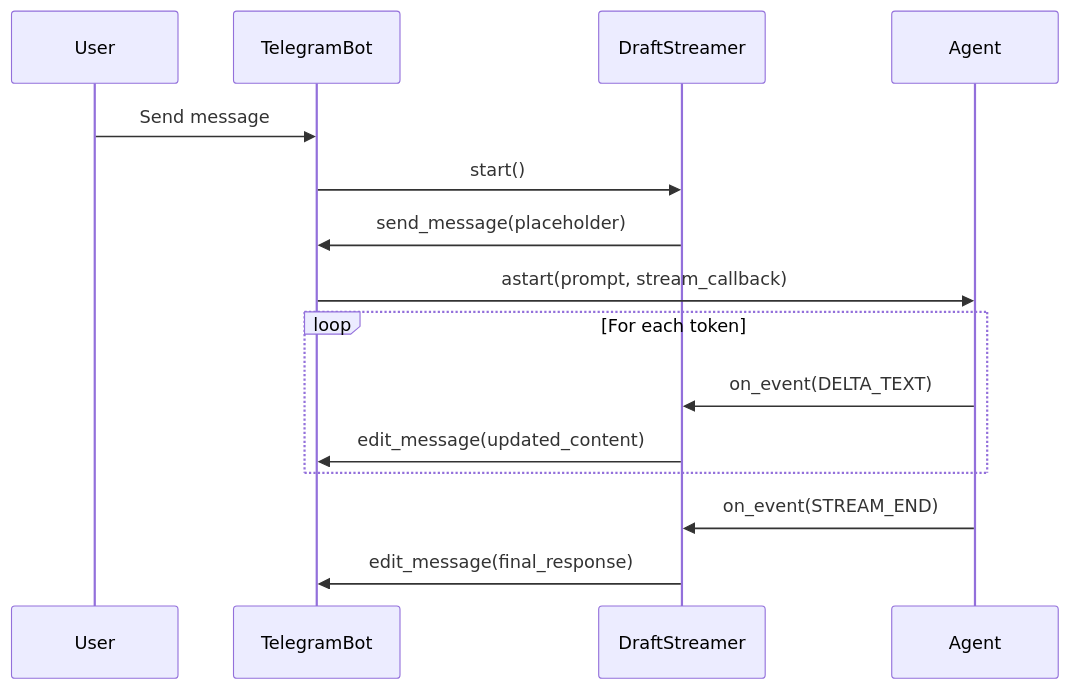
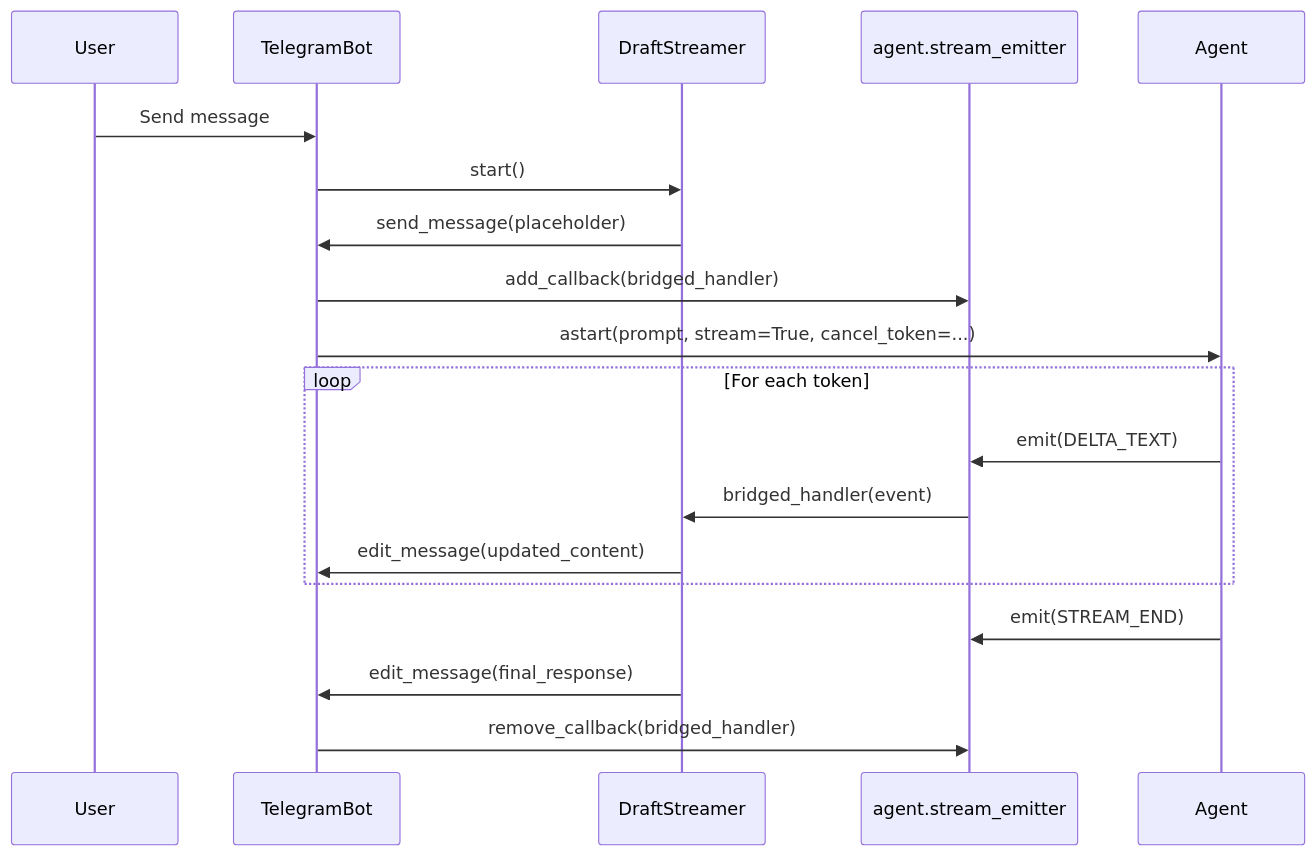
Before and after one commit to MervinPraison/PraisonAIDocs: the third of 4 diagrams in docs/features/bot-streaming-replies.mdx, drawn with Mermaid. The commit also changed other lines of this file and 2 other files, not shown here.

Commit message:
docs: update bot streaming, cli_backend, and default tools for PR #2004
Fixes #633

````diff
--- a/docs/features/bot-streaming-replies.mdx
+++ b/docs/features/bot-streaming-replies.mdx
@@ -97,20 +105,24 @@
 ```mermaid
 sequenceDiagram
     participant User
     participant TelegramBot
     participant DraftStreamer
+    participant Emitter as agent.stream_emitter
     participant Agent
-    
+
     User->>TelegramBot: Send message
     TelegramBot->>DraftStreamer: start()
     DraftStreamer->>TelegramBot: send_message(placeholder)
-    TelegramBot->>Agent: astart(prompt, stream_callback)
-    
+    TelegramBot->>Emitter: add_callback(bridged_handler)
+    TelegramBot->>Agent: astart(prompt, stream=True, cancel_token=...)
+
     loop For each token
-        Agent->>DraftStreamer: on_event(DELTA_TEXT)
+        Agent->>Emitter: emit(DELTA_TEXT)
+        Emitter->>DraftStreamer: bridged_handler(event)
         DraftStreamer->>TelegramBot: edit_message(updated_content)
     end
-    
-    Agent->>DraftStreamer: on_event(STREAM_END)
+
+    Agent->>Emitter: emit(STREAM_END)
     DraftStreamer->>TelegramBot: edit_message(final_response)
+    TelegramBot->>Emitter: remove_callback(bridged_handler)
 ```
````
